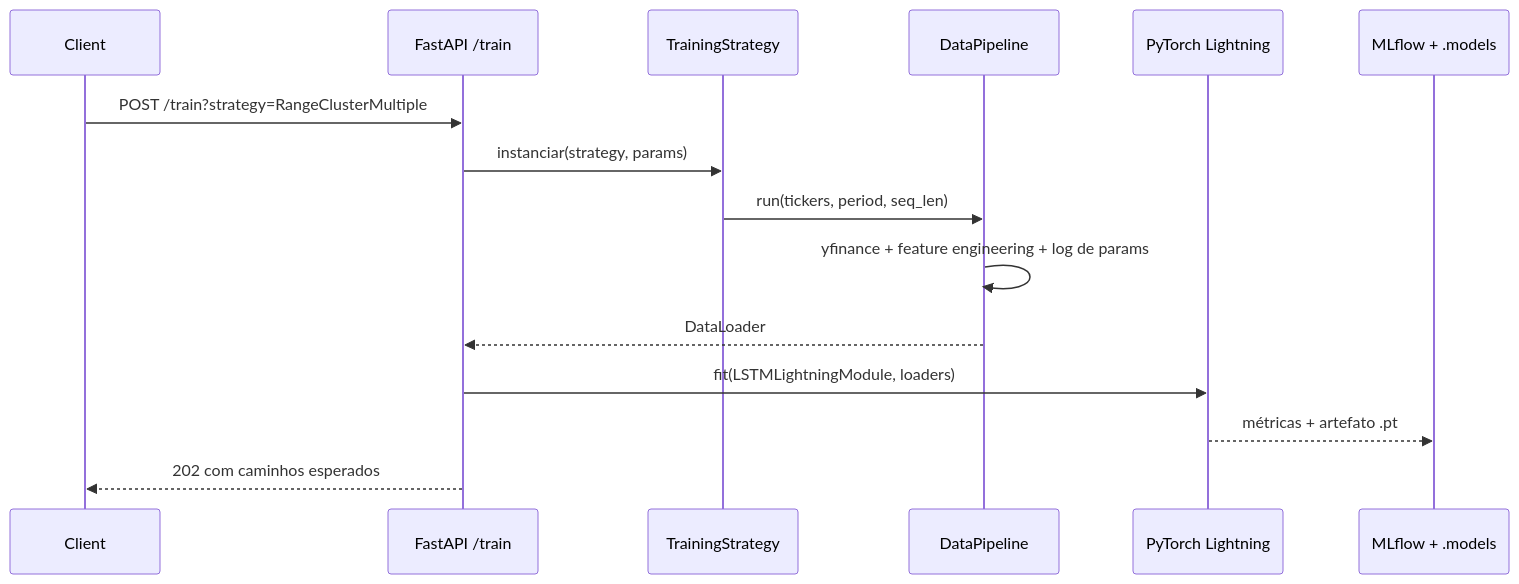
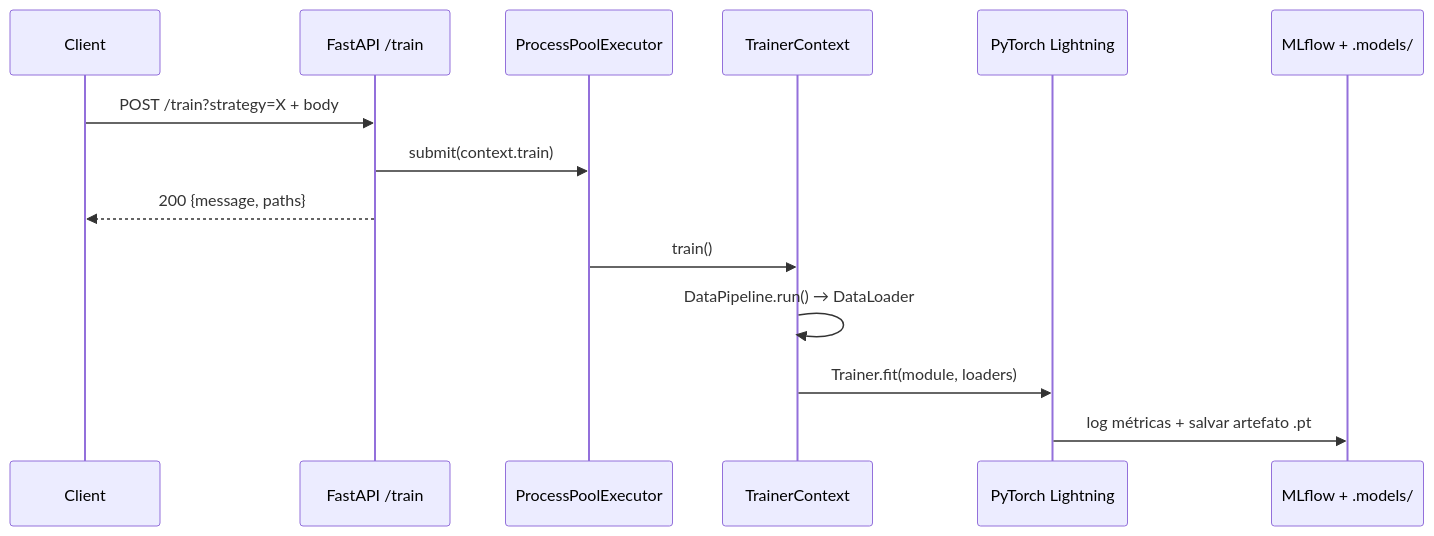
One commit to FIAP/Pos_Tech_MLET changed the third of 7 diagrams in productization/README.md. Above: the diagram before and after it, drawn with Mermaid. The commit also changed other lines of this file and 11 other files, not shown here.

````diff
--- a/productization/README.md
+++ b/productization/README.md
@@ -70,18 +241,17 @@
 ```mermaid
 sequenceDiagram
-	participant Client
-	participant API as FastAPI /train
-	participant Strategy as TrainingStrategy
-	participant Pipeline as DataPipeline
-	participant Trainer as PyTorch Lightning
-	participant Store as MLflow + .models
+    participant Client
+    participant API as FastAPI /train
+    participant Pool as ProcessPoolExecutor
+    participant Ctx as TrainerContext
+    participant PL as PyTorch Lightning
+    participant Store as MLflow + .models/
 
-	Client->>API: POST /train?strategy=RangeClusterMultiple
-	API->>Strategy: instanciar(strategy, params)
-	Strategy->>Pipeline: run(tickers, period, seq_len)
-	Pipeline->>Pipeline: yfinance + feature engineering + log de params
-	Pipeline-->>API: DataLoader
-	API->>Trainer: fit(LSTMLightningModule, loaders)
-	Trainer-->>Store: métricas + artefato .pt
-	API-->>Client: 202 com caminhos esperados
+    Client->>API: POST /train?strategy=X + body
+    API->>Pool: submit(context.train)
+    API-->>Client: 200 {message, paths}
+    Pool->>Ctx: train()
+    Ctx->>Ctx: DataPipeline.run() → DataLoader
+    Ctx->>PL: Trainer.fit(module, loaders)
+    PL->>Store: log métricas + salvar artefato .pt
 ```
````
